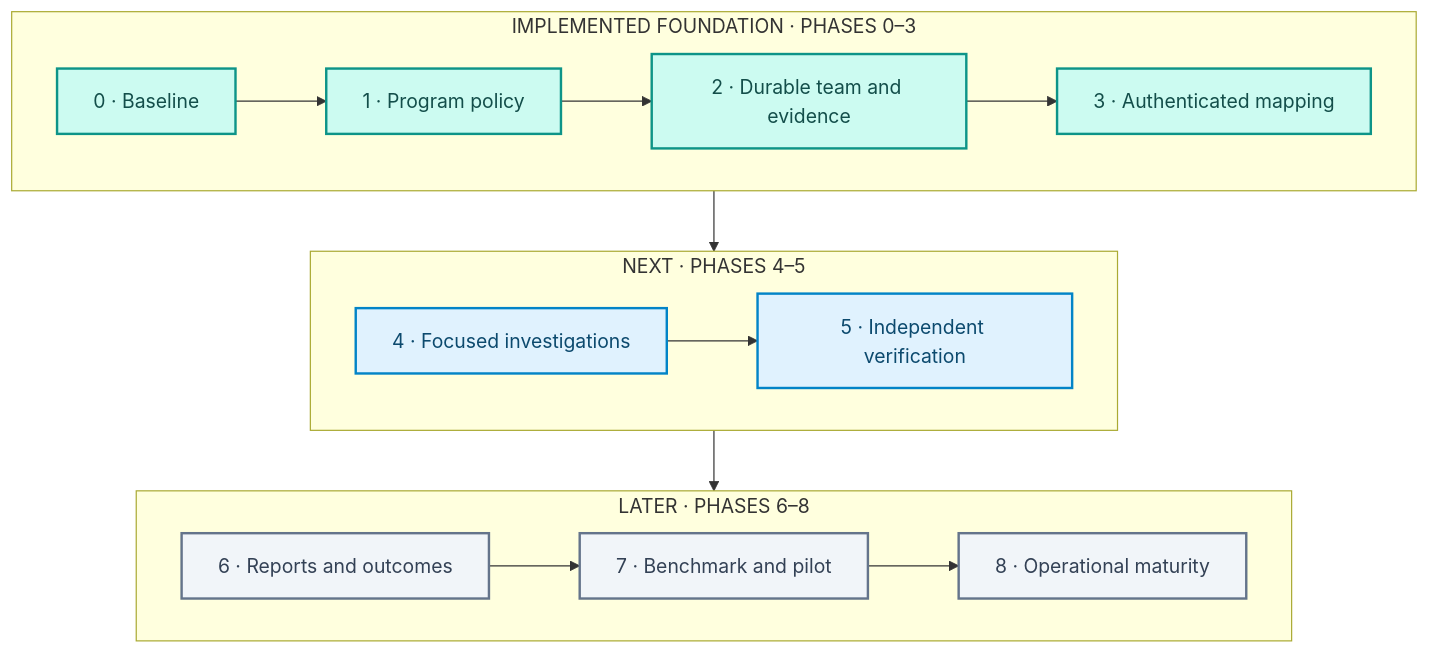
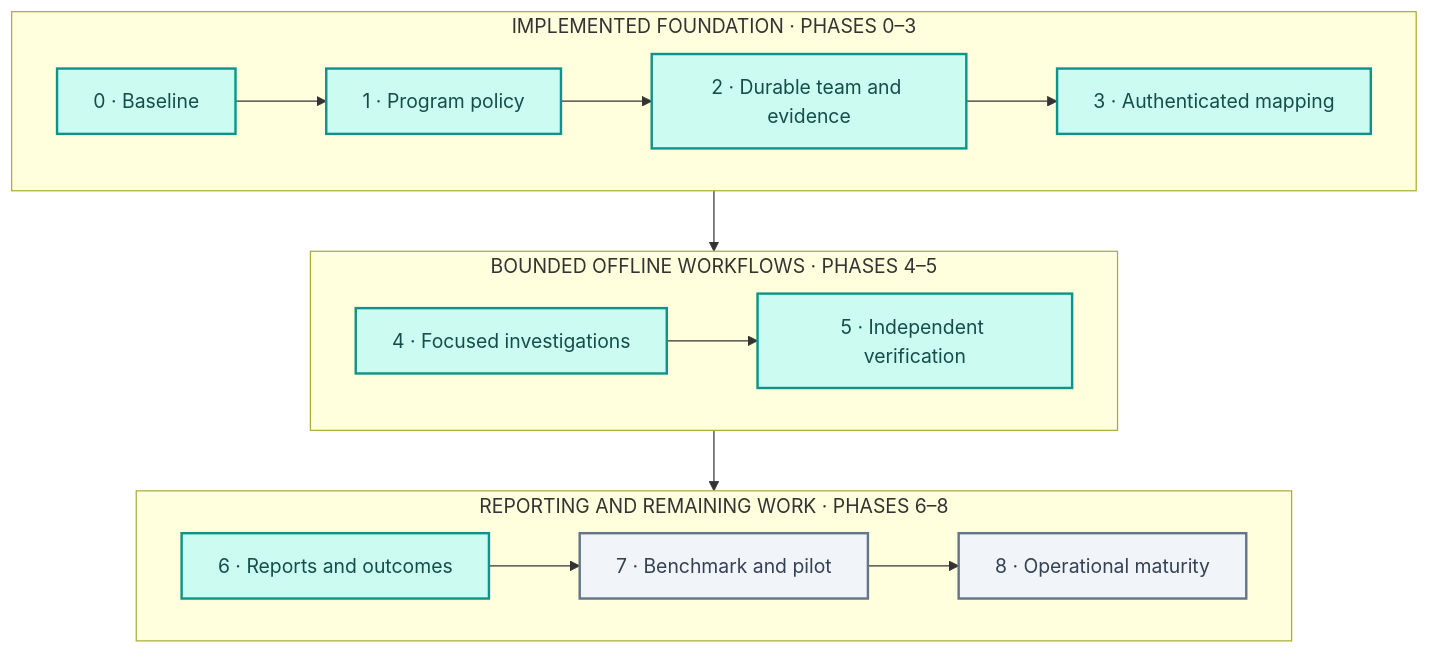
The fourth of 4 diagrams in README.md (Hrr-Yassin/ARIA), drawn with Mermaid before and after one commit. The commit also changed other lines of this file and 16 other files, not shown here.

````diff
--- a/README.md
+++ b/README.md
@@ -212,24 +213,24 @@
 ```mermaid
 flowchart TB
     subgraph FOUNDATION["IMPLEMENTED FOUNDATION · PHASES 0–3"]
         direction LR
         P0["0 · Baseline"] --> P1["1 · Program policy"] --> P2["2 · Durable team and evidence"] --> P3["3 · Authenticated mapping"]
     end
-    subgraph RESEARCH["NEXT · PHASES 4–5"]
+    subgraph RESEARCH["BOUNDED OFFLINE WORKFLOWS · PHASES 4–5"]
         direction LR
         P4["4 · Focused investigations"] --> P5["5 · Independent verification"]
     end
-    subgraph PRODUCT["LATER · PHASES 6–8"]
+    subgraph PRODUCT["REPORTING AND REMAINING WORK · PHASES 6–8"]
         direction LR
         P6["6 · Reports and outcomes"] --> P7["7 · Benchmark and pilot"] --> P8["8 · Operational maturity"]
     end
     P3 --> P4
     P5 --> P6
 
     classDef done fill:#ccfbf1,stroke:#0d9488,color:#134e4a,stroke-width:2px;
     classDef next fill:#e0f2fe,stroke:#0284c7,color:#0c4a6e,stroke-width:2px;
     classDef later fill:#f1f5f9,stroke:#64748b,color:#334155,stroke-width:2px;
     class P0,P1,P2,P3 done;
-    class P4,P5 next;
-    class P6,P7,P8 later;
+    class P4,P5,P6 done;
+    class P7,P8 later;
 ```
````
